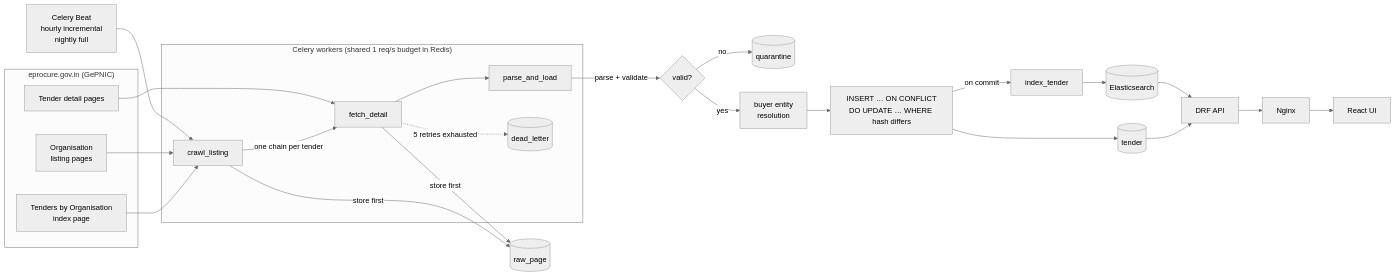
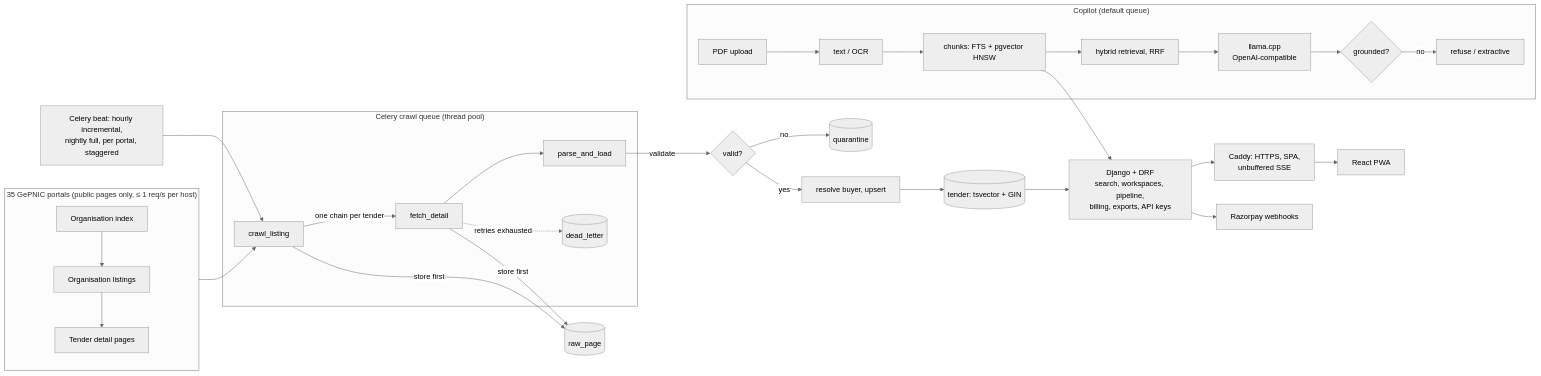
One commit to devreddy1015/tenderlens changed the diagram in README.md. Above: the diagram before and after it, drawn with Mermaid (neutral theme). The commit also changed other lines of this file and 2 other files, not shown here.

````diff
--- a/README.md
+++ b/README.md
@@ -66,32 +134,28 @@
 ```mermaid
 flowchart LR
-    subgraph Portal["eprocure.gov.in (GePNIC)"]
-        IDX[Tenders by Organisation<br/>index page]
-        ORG[Organisation<br/>listing pages]
-        DET[Tender detail pages]
+    subgraph Portals["35 GePNIC portals (public pages only, ≤ 1 req/s per host)"]
+        IDX[Organisation index] --> ORG[Organisation listings] --> DET[Tender detail pages]
     end
 
-    subgraph Celery["Celery workers (shared 1 req/s budget in Redis)"]
-        CL[crawl_listing] -->|"one chain per tender"| FD[fetch_detail]
-        FD --> PL[parse_and_load]
-        FD -.->|"5 retries exhausted"| DL[(dead_letter)]
+    subgraph Crawl["Celery crawl queue (thread pool)"]
+        CL[crawl_listing] -->|one chain per tender| FD[fetch_detail] --> PL[parse_and_load]
+        FD -.->|retries exhausted| DL[(dead_letter)]
+    end
+    BEAT[Celery beat: hourly incremental,<br/>nightly full, per portal, staggered] --> CL
+    Portals --> CL
+    CL & FD -->|store first| RP[(raw_page)]
+    PL -->|validate| V{valid?}
+    V -->|no| Q[(quarantine)]
+    V -->|yes| UP[resolve buyer, upsert] --> T[(tender: tsvector + GIN)]
+
+    subgraph Copilot["Copilot (default queue)"]
+        PDF[PDF upload] --> OCR[text / OCR] --> CH[chunks: FTS + pgvector HNSW]
+        CH --> RET[hybrid retrieval, RRF] --> LLM[llama.cpp<br/>OpenAI-compatible] --> GR{grounded?}
+        GR -->|no| REF[refuse / extractive]
     end
 
-    IDX --> CL
-    ORG --> CL
-    DET --> FD
-    BEAT[Celery Beat<br/>hourly incremental<br/>nightly full] --> CL
-
-    CL -->|store first| RP[(raw_page)]
-    FD -->|store first| RP
-    PL -->|parse + validate| V{valid?}
-    V -->|no| Q[(quarantine)]
-    V -->|yes| ER[buyer entity<br/>resolution]
-    ER --> UP["INSERT … ON CONFLICT<br/>DO UPDATE … WHERE hash differs"]
-    UP --> T[(tender)]
-    UP -->|on commit| IX[index_tender] --> ES[(Elasticsearch)]
-
-    T --> API[DRF API]
-    ES --> API
-    API --> NG[Nginx] --> UI[React UI]
+    T --> API[Django + DRF<br/>search, workspaces, pipeline,<br/>billing, exports, API keys]
+    CH --> API
+    API --> CADDY[Caddy: HTTPS, SPA,<br/>unbuffered SSE] --> UI[React PWA]
+    API --> RZP[Razorpay webhooks]
 ```
````
